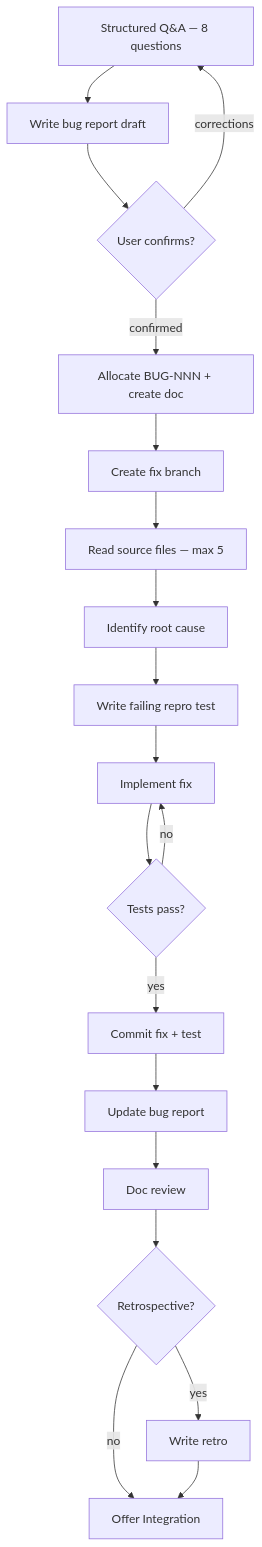
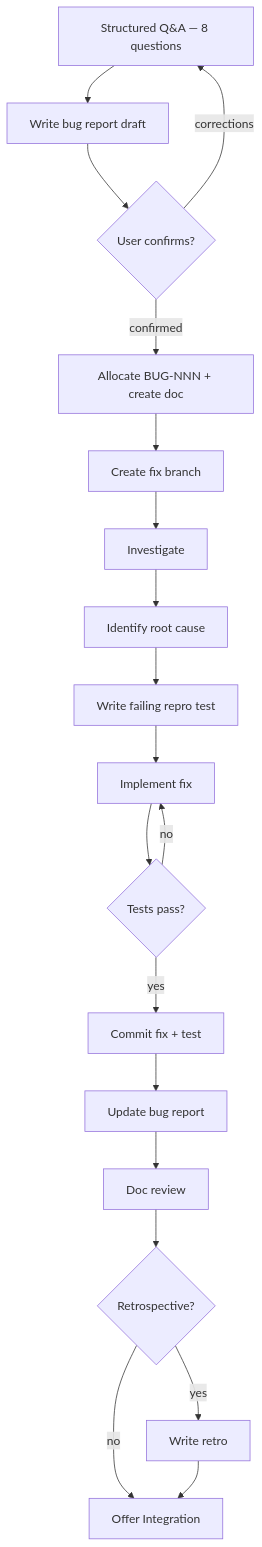
Before and after one commit to rbreunung/spring-kotlin-kafka-gradle-demo-2: the diagram in .claude/skills/bug-fix.md, drawn with Mermaid. The commit also changed 5 other files, not shown here.

Commit message:
chore: fix flowchart labels to match current step text — feature-spec, bug-fix, retro-review

````diff
--- a/.claude/skills/bug-fix.md
+++ b/.claude/skills/bug-fix.md
@@ -8,21 +8,21 @@
 ```mermaid
 flowchart TD
     A[Structured Q&A — 8 questions] --> B[Write bug report draft]
     B --> C{User confirms?}
     C -->|corrections| A
     C -->|confirmed| D[Allocate BUG-NNN + create doc]
     D --> E[Create fix branch]
-    E --> F[Read source files — max 5]
+    E --> F[Investigate]
     F --> G[Identify root cause]
     G --> H[Write failing repro test]
     H --> I[Implement fix]
     I --> J{Tests pass?}
     J -->|no| I
     J -->|yes| K[Commit fix + test]
     K --> L[Update bug report]
     L --> M[Doc review]
     M --> N{Retrospective?}
     N -->|yes| O[Write retro]
     N -->|no| P[Offer Integration]
     O --> P
 ```
````
